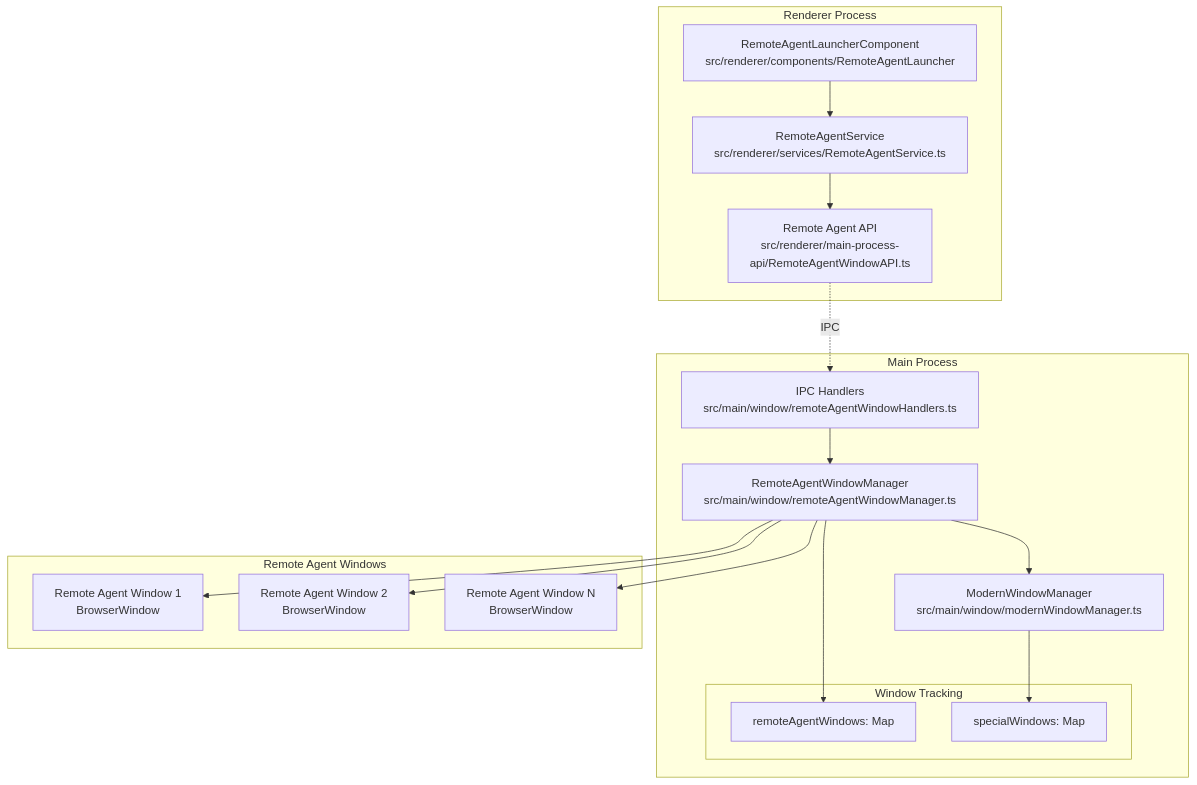
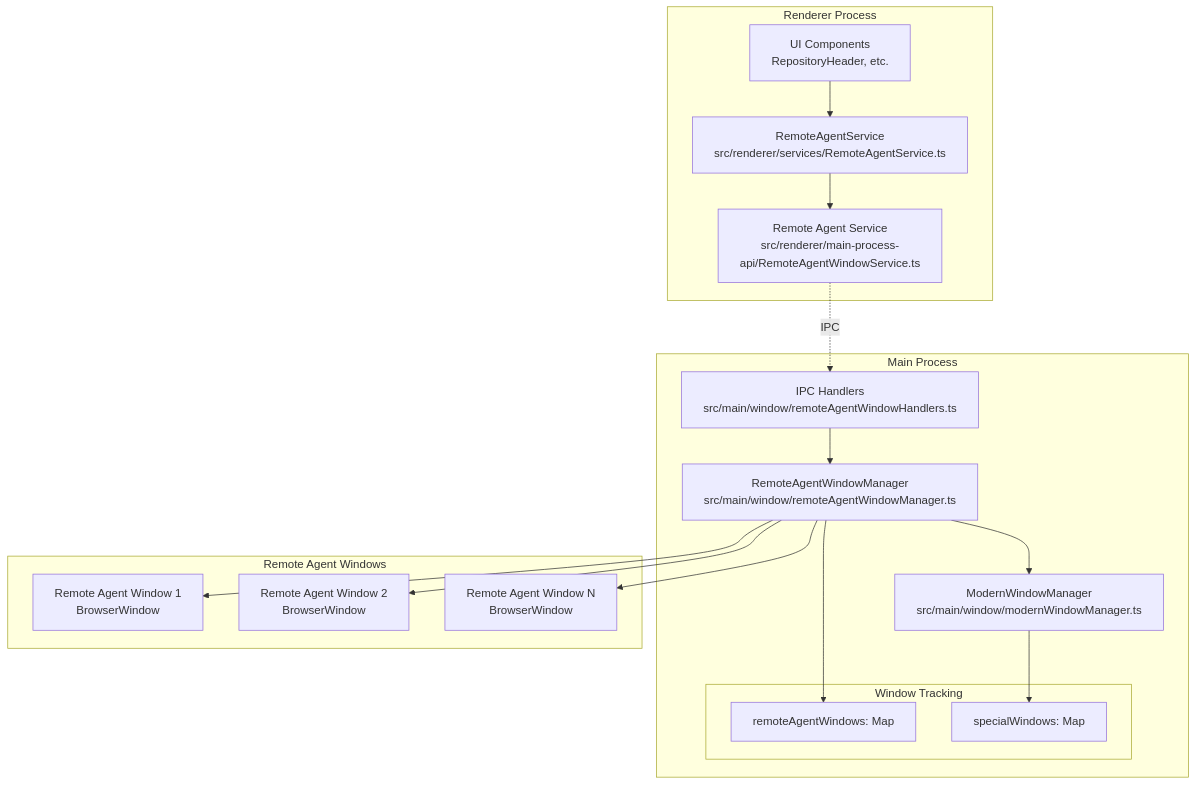
The first of 3 diagrams in docs/agent-window-management-design.md (principal-ade/electron-app), drawn with Mermaid before and after one commit. The commit also changed other lines of this file and 12 other files, not shown here.

First line of the commit message:
feat: Implement Phase 1 remote agent window management with Jules integration

````diff
--- a/docs/agent-window-management-design.md
+++ b/docs/agent-window-management-design.md
@@ -16,39 +48,39 @@
 ```mermaid
 graph TB
     subgraph "Main Process"
         RAWM[RemoteAgentWindowManager<br/>src/main/window/remoteAgentWindowManager.ts]
         MWM[ModernWindowManager<br/>src/main/window/modernWindowManager.ts]
         IPC[IPC Handlers<br/>src/main/window/remoteAgentWindowHandlers.ts]
 
         RAWM --> MWM
         IPC --> RAWM
 
         subgraph "Window Tracking"
             RAW[remoteAgentWindows: Map<string, RemoteAgentWindow>]
             SW[specialWindows: Map<string, number>]
         end
 
         RAWM --> RAW
         MWM --> SW
     end
 
     subgraph "Renderer Process"
-        UI[RemoteAgentLauncherComponent<br/>src/renderer/components/RemoteAgentLauncher]
+        UI[UI Components<br/>RepositoryHeader, etc.]
         RAS[RemoteAgentService<br/>src/renderer/services/RemoteAgentService.ts]
-        API[Remote Agent API<br/>src/renderer/main-process-api/RemoteAgentWindowAPI.ts]
+        API[Remote Agent Service<br/>src/renderer/main-process-api/RemoteAgentWindowService.ts]
 
         UI --> RAS
         RAS --> API
         API -.IPC.-> IPC
     end
 
     subgraph "Remote Agent Windows"
         W1[Remote Agent Window 1<br/>BrowserWindow]
         W2[Remote Agent Window 2<br/>BrowserWindow]
         WN[Remote Agent Window N<br/>BrowserWindow]
     end
 
     RAWM --> W1
     RAWM --> W2
     RAWM --> WN
 ```
````
